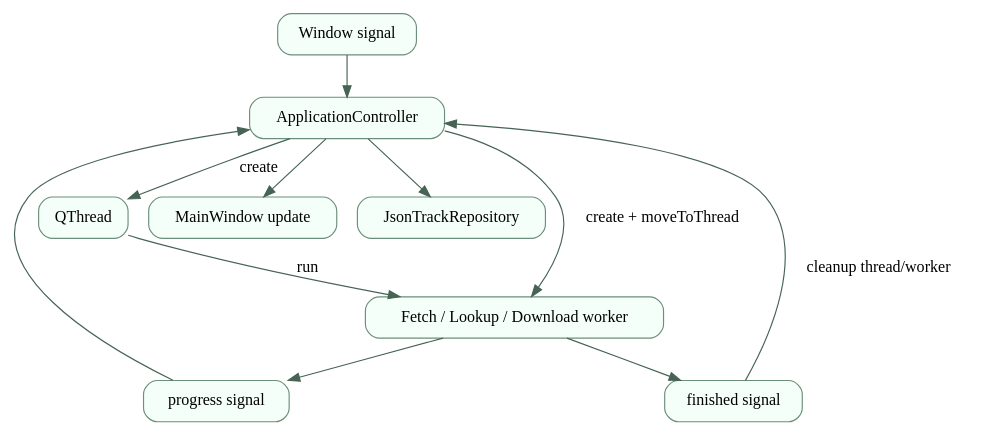
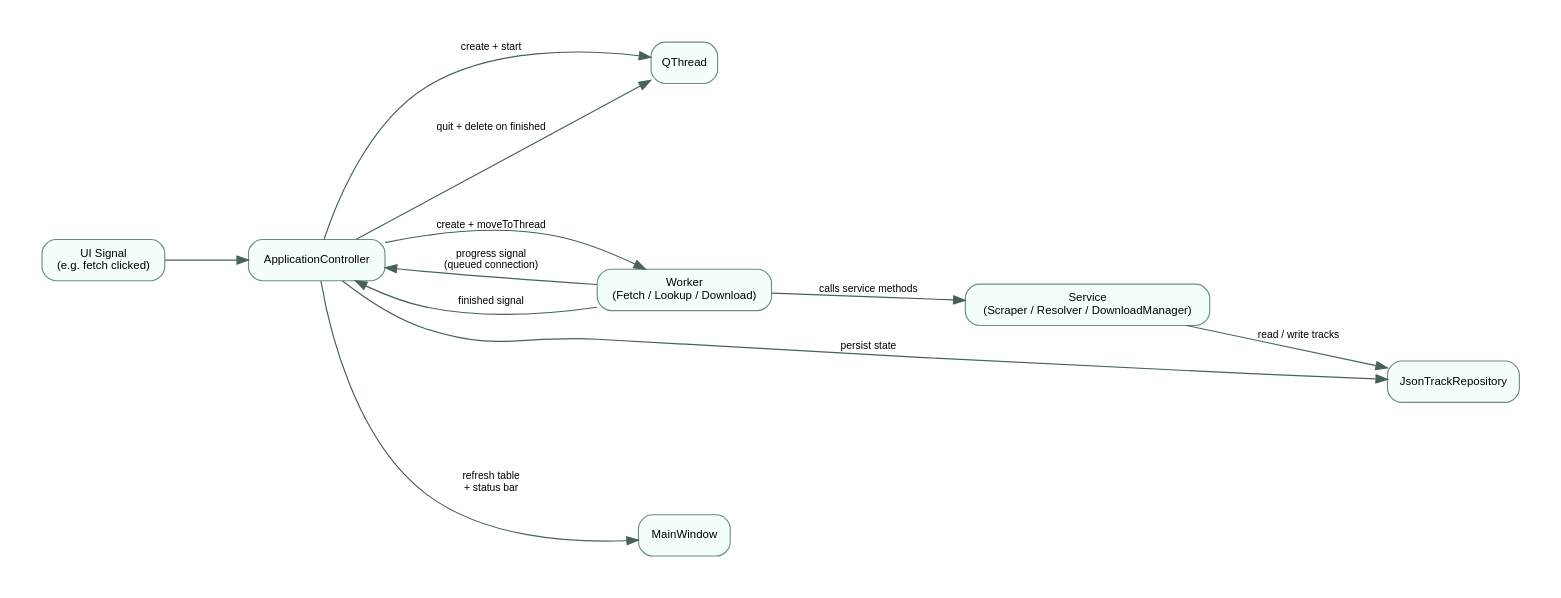
Before and after one commit to marcelpetrick/myLastFmPlayer: the fifth of 5 diagrams in docs/architecture.rst, drawn with Graphviz. The commit also changed other lines of this file and 3 other files, not shown here.

First line of the commit message:
docs(architecture): expand with C4 model — context, container, component (v0.0.99)

```diff
--- a/docs/architecture.rst
+++ b/docs/architecture.rst
@@ -52,28 +267,28 @@
 .. graphviz::
    :caption: Background worker lifecycle
 
    digraph worker_lifecycle {
-       graph [rankdir=TB];
-       node [shape=box, style="rounded,filled", fillcolor="#f5fff9", color="#6b8f7a"];
-       edge [color="#466354"];
+       graph [rankdir=LR, pad=0.4, nodesep=0.7, ranksep=1.0];
+       node [shape=box, style="rounded,filled", fontname="Helvetica", fontsize=10,
+             fillcolor="#f5fff9", color="#6b8f7a"];
+       edge [fontname="Helvetica", fontsize=9, color="#466354"];
 
-       request [label="Window signal"];
-       controller [label="ApplicationController"];
-       thread [label="QThread"];
-       worker [label="Fetch / Lookup / Download worker"];
-       progress [label="progress signal"];
-       finished [label="finished signal"];
-       ui [label="MainWindow update"];
-       repo [label="JsonTrackRepository"];
+       signal  [label="UI Signal\n(e.g. fetch clicked)"];
+       ctrl    [label="ApplicationController"];
+       thread  [label="QThread"];
+       worker  [label="Worker\n(Fetch / Lookup / Download)"];
+       service [label="Service\n(Scraper / Resolver / DownloadManager)"];
+       repo    [label="JsonTrackRepository"];
+       ui      [label="MainWindow"];
 
-       request -> controller;
-       controller -> thread [label="create"];
-       controller -> worker [label="create + moveToThread"];
-       thread -> worker [label="run"];
-       worker -> progress;
-       progress -> controller;
-       controller -> ui;
-       controller -> repo;
-       worker -> finished;
-       finished -> controller [label="cleanup thread/worker"];
+       signal  -> ctrl;
+       ctrl    -> thread   [label="create + start"];
+       ctrl    -> worker   [label="create + moveToThread"];
+       worker  -> service  [label="calls service methods"];
+       service -> repo     [label="read / write tracks"];
+       worker  -> ctrl     [label="progress signal\n(queued connection)"];
+       worker  -> ctrl     [label="finished signal"];
+       ctrl    -> repo     [label="persist state"];
+       ctrl    -> ui       [label="refresh table\n+ status bar"];
+       ctrl    -> thread   [label="quit + delete on finished"];
    }
```
